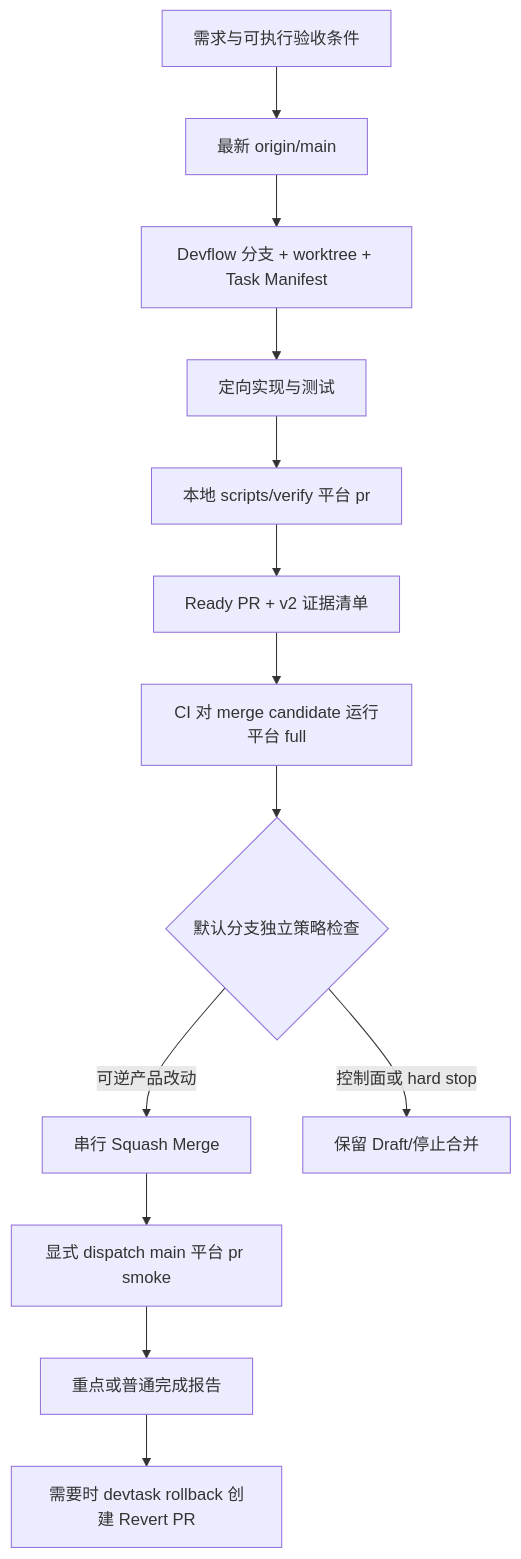
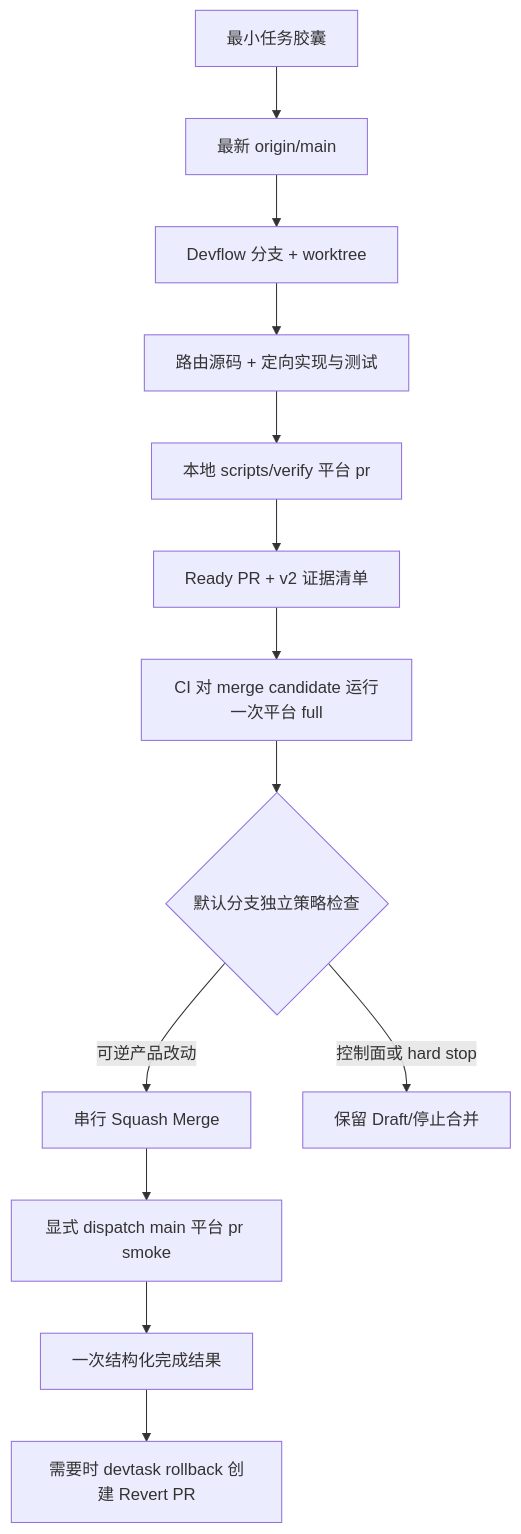
The diagram in docs/delivery-workflow.md (Mudsuen/Mudsnote), drawn with Mermaid before and after one commit. The commit also changed other lines of this file and 9 other files, not shown here.

````diff
--- a/docs/delivery-workflow.md
+++ b/docs/delivery-workflow.md
@@ -7,15 +7,15 @@
 ```mermaid
 flowchart TD
-    A[需求与可执行验收条件] --> B[最新 origin/main]
-    B --> C[Devflow 分支 + worktree + Task Manifest]
-    C --> D[定向实现与测试]
+    A[最小任务胶囊] --> B[最新 origin/main]
+    B --> C[Devflow 分支 + worktree]
+    C --> D[路由源码 + 定向实现与测试]
     D --> E[本地 scripts/verify 平台 pr]
     E --> F[Ready PR + v2 证据清单]
-    F --> G[CI 对 merge candidate 运行平台 full]
+    F --> G[CI 对 merge candidate 运行一次平台 full]
     G --> H{默认分支独立策略检查}
     H -->|可逆产品改动| I[串行 Squash Merge]
     H -->|控制面或 hard stop| J[保留 Draft/停止合并]
     I --> K[显式 dispatch main 平台 pr smoke]
-    K --> L[重点或普通完成报告]
+    K --> L[一次结构化完成结果]
     L --> M[需要时 devtask rollback 创建 Revert PR]
 ```
````
